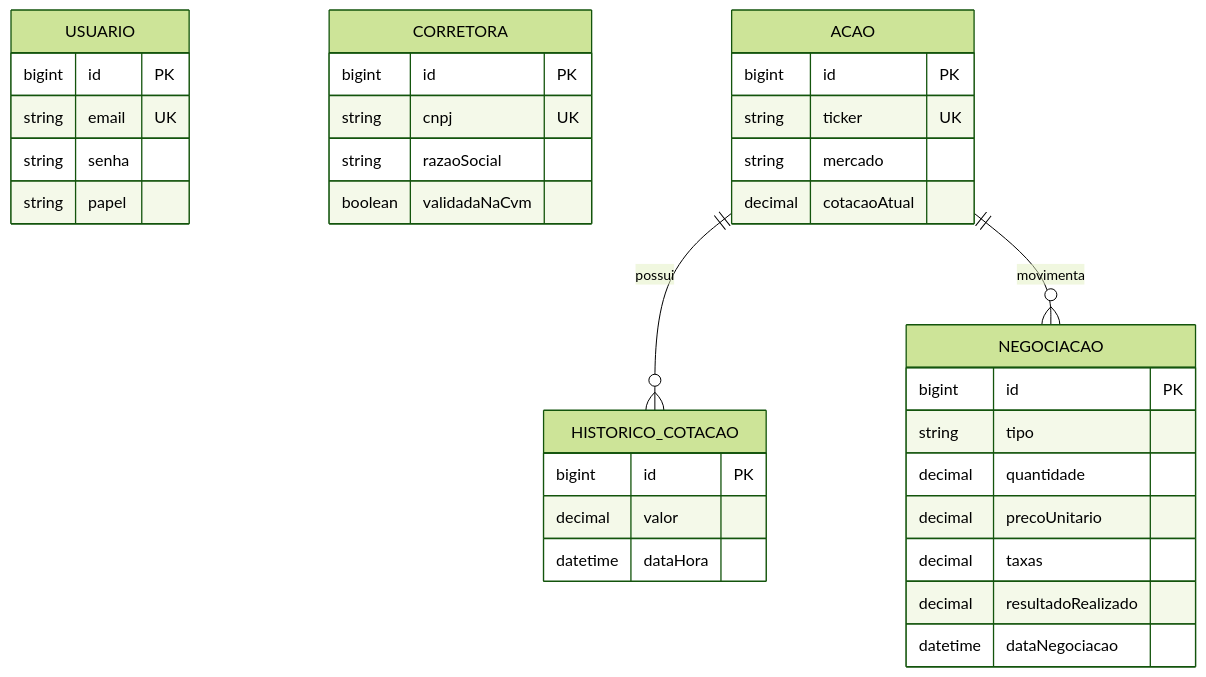
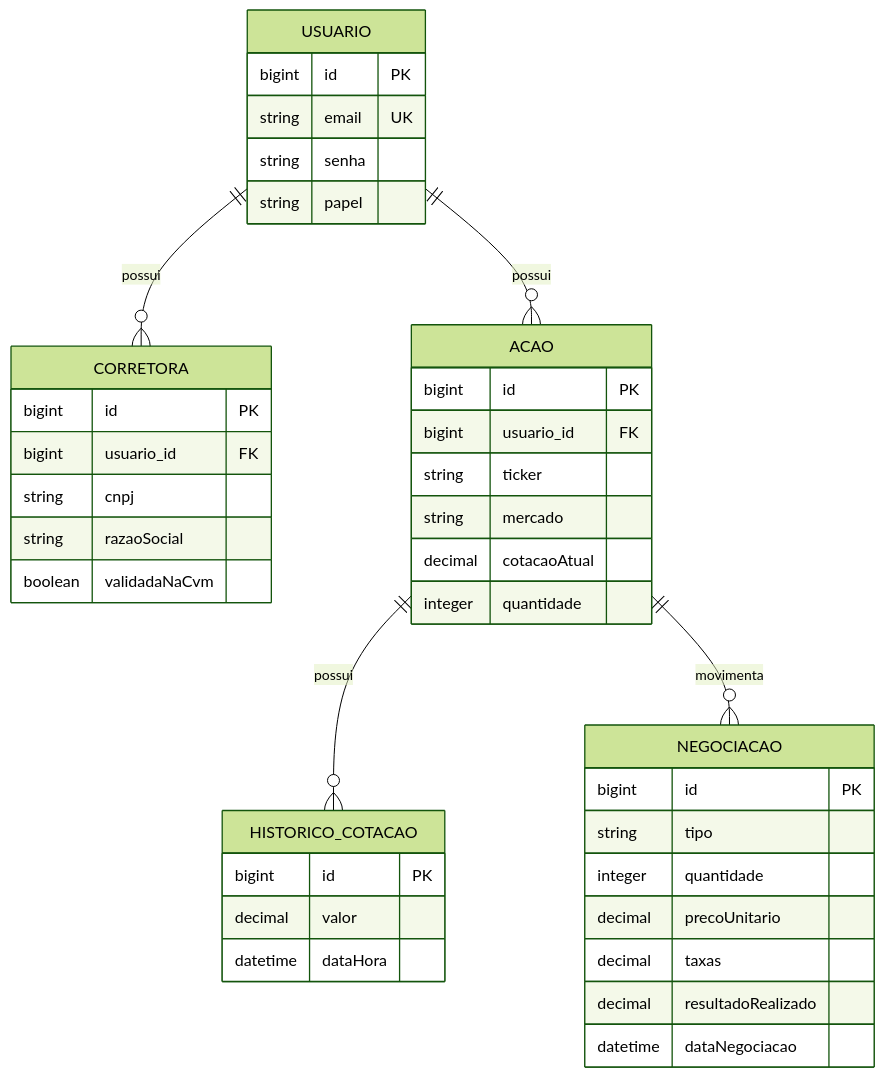
Before and after one commit to Deyvid-SI/Carteira: the second of 2 diagrams in README.md, drawn with Mermaid (forest theme). The commit also changed other lines of this file and 73 other files, not shown here.

````diff
--- a/README.md
+++ b/README.md
@@ -202,37 +213,42 @@
 ```mermaid
 erDiagram
+    USUARIO ||--o{ CORRETORA : possui
+    USUARIO ||--o{ ACAO : possui
     USUARIO {
       bigint id PK
       string email UK
       string senha
       string papel
     }
     CORRETORA {
       bigint id PK
-      string cnpj UK
+      bigint usuario_id FK
+      string cnpj
       string razaoSocial
       boolean validadaNaCvm
     }
     ACAO ||--o{ HISTORICO_COTACAO : possui
     ACAO ||--o{ NEGOCIACAO : movimenta
     ACAO {
       bigint id PK
-      string ticker UK
+      bigint usuario_id FK
+      string ticker
       string mercado
       decimal cotacaoAtual
+      integer quantidade
     }
     HISTORICO_COTACAO {
       bigint id PK
       decimal valor
       datetime dataHora
     }
     NEGOCIACAO {
       bigint id PK
       string tipo
-      decimal quantidade
+      integer quantidade
       decimal precoUnitario
       decimal taxas
       decimal resultadoRealizado
       datetime dataNegociacao
     }
 ```
````
